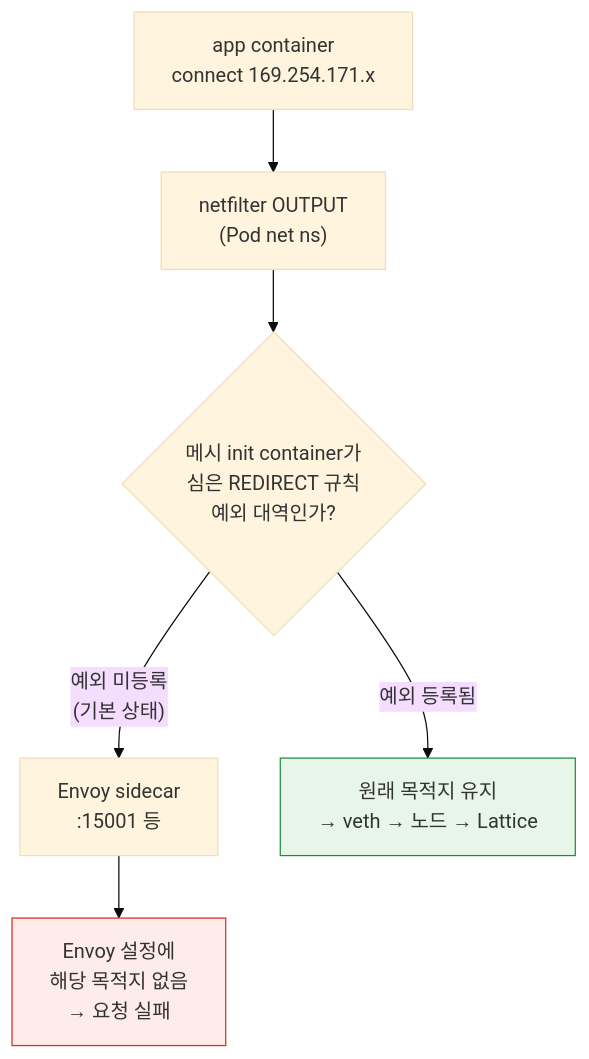
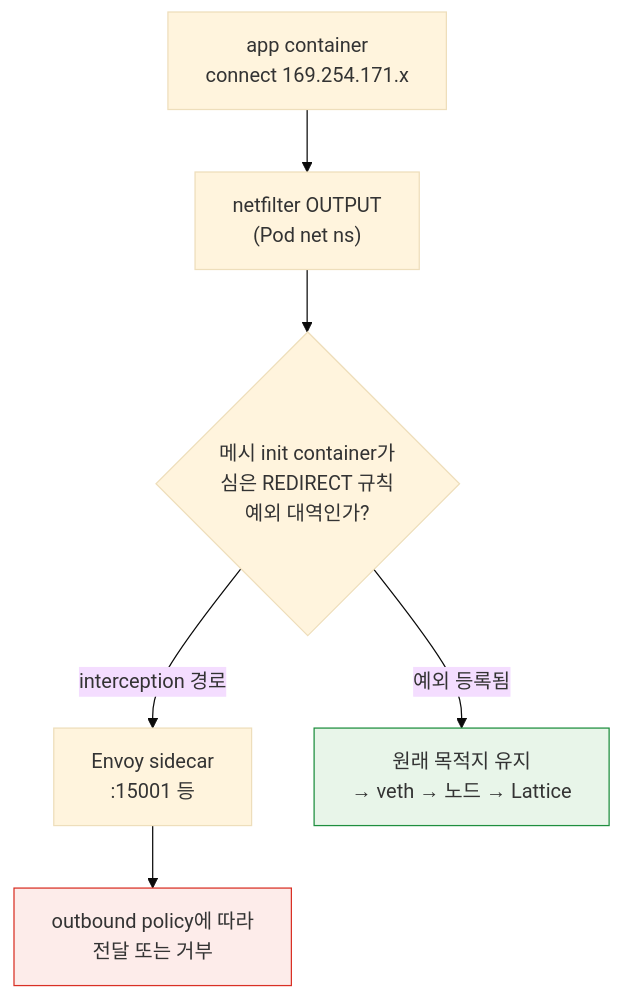
One commit to Atom-oh/kubernetes-docs changed the second of 3 diagrams in ko/service-mesh/vpc-lattice/07-kernel-datapath.md. Above: the diagram before and after it, drawn with Mermaid (base theme). The commit also changed other lines of this file and 62 other files, not shown here.

````diff
--- a/ko/service-mesh/vpc-lattice/07-kernel-datapath.md
+++ b/ko/service-mesh/vpc-lattice/07-kernel-datapath.md
@@ -76,16 +76,16 @@
 ```mermaid
 graph TB
     APP2["app container<br/>connect 169.254.171.x"]
     OUT["netfilter OUTPUT<br/>(Pod net ns)"]
     CHK{"메시 init container가<br/>심은 REDIRECT 규칙<br/>예외 대역인가?"}
     ENV["Envoy sidecar<br/>:15001 등"]
-    FAIL["Envoy 설정에<br/>해당 목적지 없음<br/>→ 요청 실패"]
+    FAIL["outbound policy에 따라<br/>전달 또는 거부"]
     PASS["원래 목적지 유지<br/>→ veth → 노드 → Lattice"]
 
     APP2 --> OUT --> CHK
-    CHK -->|"예외 미등록<br/>(기본 상태)"| ENV --> FAIL
+    CHK -->|"interception 경로"| ENV --> FAIL
     CHK -->|"예외 등록됨"| PASS
 
     style FAIL fill:#fdecea,stroke:#d93025
     style PASS fill:#e8f5e9,stroke:#1e8e3e
 ```
````
